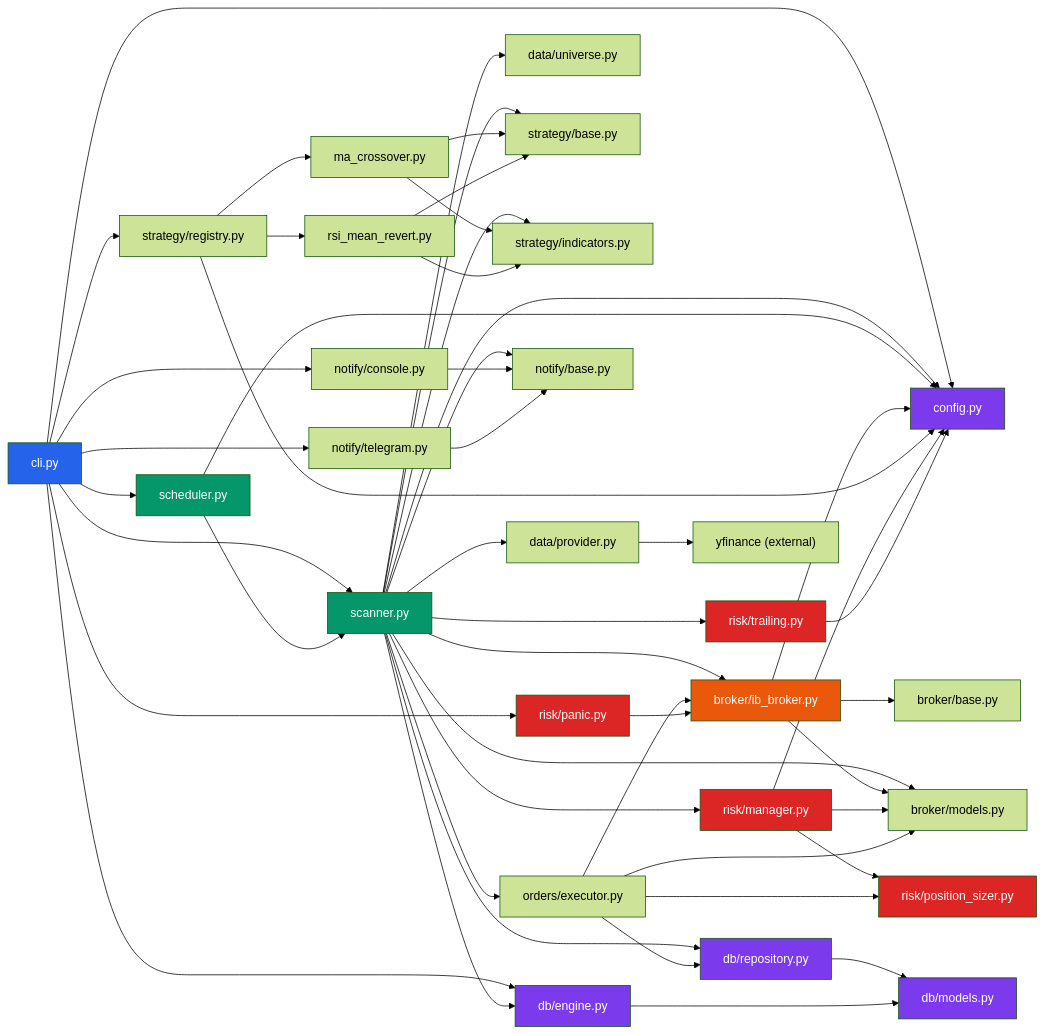
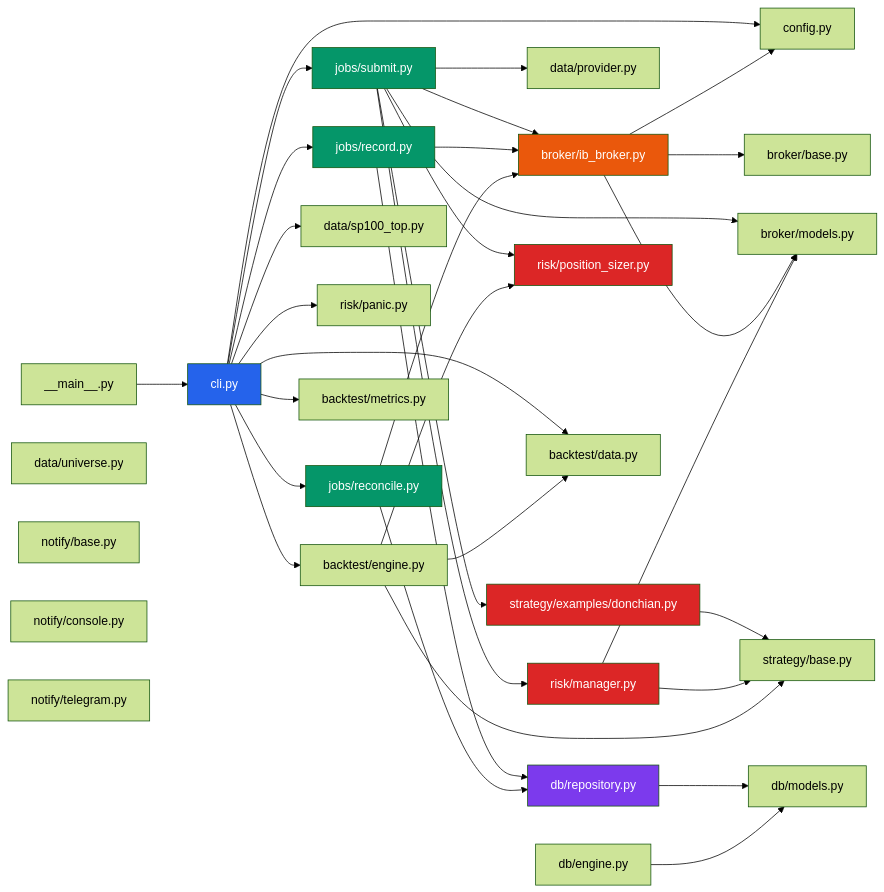
One commit to blackjek23/vibe_trade changed the third of 4 diagrams in PROJECT_MAP.md. Above: the diagram before and after it, drawn with Mermaid (forest theme). The commit also changed other lines of this file and 3 other files, not shown here.

````diff
--- a/PROJECT_MAP.md
+++ b/PROJECT_MAP.md
@@ -208,9 +155,12 @@
 ```mermaid
 graph LR
+    cli["cli.py"]
     config["config.py"]
-    cli["cli.py"]
-    scanner["scanner.py"]
-    scheduler["scheduler.py"]
+    main["__main__.py"]
+
+    sub["jobs/submit.py"]
+    rec["jobs/record.py"]
+    rcn["jobs/reconcile.py"]
 
     ib["broker/ib_broker.py"]
     base_b["broker/base.py"]
@@ -218,19 +168,18 @@
 
     provider["data/provider.py"]
     universe["data/universe.py"]
+    sp100["data/sp100_top.py"]
 
     base_s["strategy/base.py"]
-    indicators["strategy/indicators.py"]
-    registry["strategy/registry.py"]
-    ma["ma_crossover.py"]
-    rsi["rsi_mean_revert.py"]
+    don["strategy/examples/donchian.py"]
 
     manager["risk/manager.py"]
     sizer["risk/position_sizer.py"]
-    trailing["risk/trailing.py"]
     panic["risk/panic.py"]
 
-    executor["orders/executor.py"]
+    bt_data["backtest/data.py"]
+    bt_eng["backtest/engine.py"]
+    bt_met["backtest/metrics.py"]
 
     base_n["notify/base.py"]
     console["notify/console.py"]
@@ -240,76 +189,53 @@
     models_d["db/models.py"]
     repo["db/repository.py"]
 
+    main --> cli
     cli --> config
-    cli --> scanner
-    cli --> scheduler
-    cli --> registry
-    cli --> engine
-    cli --> telegram
-    cli --> console
+    cli --> sub
+    cli --> rec
+    cli --> rcn
+    cli --> bt_data
+    cli --> bt_eng
+    cli --> bt_met
+    cli --> sp100
     cli --> panic
 
-    scanner --> config
-    scanner --> ib
-    scanner --> provider
-    scanner --> universe
-    scanner --> base_s
-    scanner --> indicators
-    scanner --> manager
-    scanner --> trailing
-    scanner --> executor
-    scanner --> base_n
-    scanner --> repo
-    scanner --> engine
-    scanner --> models_b
+    sub --> ib
+    sub --> provider
+    sub --> don
+    sub --> sizer
+    sub --> manager
+    sub --> models_b
 
-    scheduler --> config
-    scheduler --> scanner
+    rec --> ib
+    rec --> repo
+
+    rcn --> ib
+    rcn --> repo
 
     ib --> base_b
     ib --> models_b
     ib --> config
 
-    yf["yfinance (external)"]
-    provider --> yf
+    don --> base_s
 
-    ma --> base_s
-    ma --> indicators
-    rsi --> base_s
-    rsi --> indicators
-    registry --> ma
-    registry --> rsi
-    registry --> config
+    manager --> models_b
+    manager --> base_s
 
-    manager --> config
-    manager --> sizer
-    manager --> models_b
-
-    trailing --> config
-
-    executor --> ib
-    executor --> repo
-    executor --> sizer
-    executor --> models_b
-
-    panic --> ib
-
-    console --> base_n
-    telegram --> base_n
+    bt_eng --> sizer
+    bt_eng --> base_s
+    bt_eng --> bt_data
 
     repo --> models_d
     engine --> models_d
 
-    style config fill:#7c3aed,color:#fff
     style cli fill:#2563eb,color:#fff
-    style scanner fill:#059669,color:#fff
-    style scheduler fill:#059669,color:#fff
+    style sub fill:#059669,color:#fff
+    style rec fill:#059669,color:#fff
+    style rcn fill:#059669,color:#fff
     style ib fill:#ea580c,color:#fff
+    style don fill:#dc2626,color:#fff
+    style sizer fill:#dc2626,color:#fff
     style manager fill:#dc2626,color:#fff
-    style sizer fill:#dc2626,color:#fff
-    style trailing fill:#dc2626,color:#fff
-    style panic fill:#dc2626,color:#fff
     style repo fill:#7c3aed,color:#fff
-    style engine fill:#7c3aed,color:#fff
-    style models_d fill:#7c3aed,color:#fff
 ```
````
